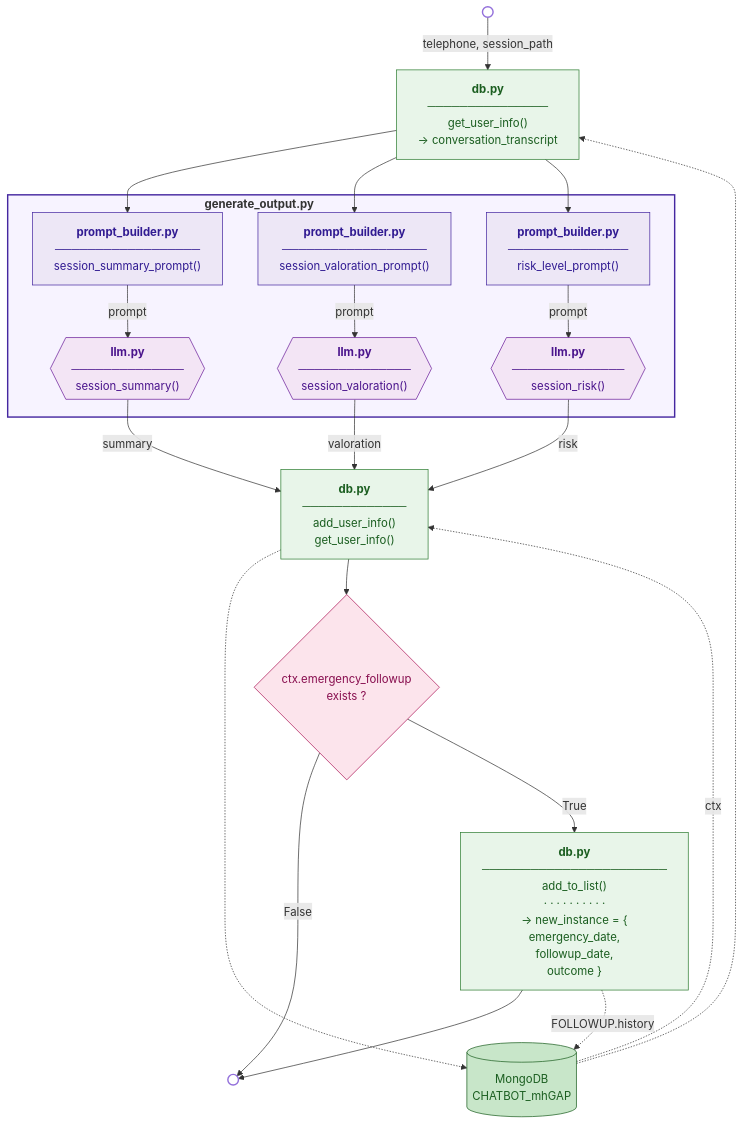
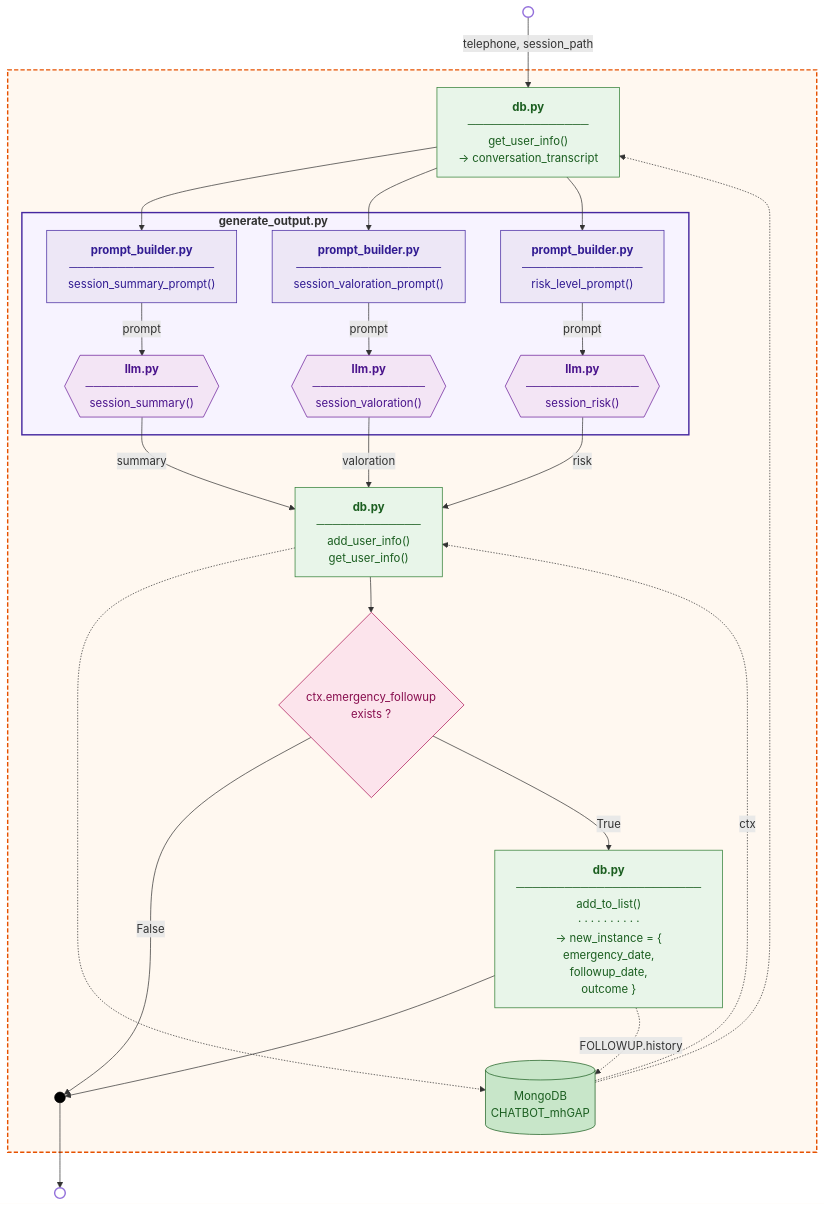
One commit to JordiiQueralto/AURORA_mhGAP-IG_v2.0 changed the diagram in diagrams/6_Session_close.md. Above: the diagram before and after it, drawn with Mermaid. The commit also changed 5 other files, not shown here.

Commit message:
feat: state_machine diagrams

````diff
--- a/diagrams/6_Session_close.md
+++ b/diagrams/6_Session_close.md
@@ -1,57 +1,67 @@
 ```mermaid
 flowchart TD
-
     START(( )):::circle
     FINISH(( )):::circle
 
-    CONV["<b>db.py</b><br/>───────────────<br/>get_user_info()<br/>→ conversation_transcript"]:::dbmod
+    START -->|"telephone, session_path"| CONV
 
-    subgraph PARALLEL["<b>generate_output.py &nbsp;&nbsp;&nbsp;&nbsp;&nbsp;&nbsp;&nbsp;&nbsp;&nbsp;&nbsp;&nbsp;&nbsp;&nbsp;&nbsp;&nbsp;&nbsp;&nbsp;&nbsp;&nbsp;&nbsp;&nbsp;&nbsp;&nbsp;&nbsp;&nbsp;&nbsp;&nbsp;&nbsp;&nbsp;&nbsp;&nbsp;&nbsp;&nbsp;&nbsp;&nbsp;&nbsp;&nbsp;&nbsp;&nbsp;&nbsp;&nbsp;&nbsp;&nbsp;&nbsp;&nbsp;&nbsp;&nbsp;&nbsp;&nbsp;&nbsp;&nbsp;&nbsp;&nbsp;&nbsp;&nbsp;&nbsp;&nbsp;&nbsp;&nbsp;&nbsp;</b>"]
-        PB_S["<b>prompt_builder.py</b><br/>──────────────────<br/>session_summary_prompt()"]:::prompt
-        PB_V["<b>prompt_builder.py</b><br/>──────────────────<br/>session_valoration_prompt()"]:::prompt
-        PB_R["<b>prompt_builder.py</b><br/>───────────────<br/>risk_level_prompt()"]:::prompt
-        LLM_S{{"<b>llm.py</b><br/>──────────────<br/>session_summary()"}}:::llm
-        LLM_V{{"<b>llm.py</b><br/>──────────────<br/>session_valoration()"}}:::llm
-        LLM_R{{"<b>llm.py</b><br/>──────────────<br/>session_risk()"}}:::llm
+    subgraph RUN_FAREWELL[" "]
+
+        CONV["<b>db.py</b><br/>───────────────<br/>get_user_info()<br/>→ conversation_transcript"]:::dbmod
+
+        subgraph PARALLEL["<b>generate_output.py &nbsp;&nbsp;&nbsp;&nbsp;&nbsp;&nbsp;&nbsp;&nbsp;&nbsp;&nbsp;&nbsp;&nbsp;&nbsp;&nbsp;&nbsp;&nbsp;&nbsp;&nbsp;&nbsp;&nbsp;&nbsp;&nbsp;&nbsp;&nbsp;&nbsp;&nbsp;&nbsp;&nbsp;&nbsp;&nbsp;&nbsp;&nbsp;&nbsp;&nbsp;&nbsp;&nbsp;&nbsp;&nbsp;&nbsp;&nbsp;&nbsp;&nbsp;&nbsp;&nbsp;&nbsp;&nbsp;&nbsp;&nbsp;&nbsp;&nbsp;&nbsp;&nbsp;&nbsp;&nbsp;&nbsp;&nbsp;&nbsp;&nbsp;&nbsp;&nbsp;</b>"]
+            PB_S["<b>prompt_builder.py</b><br/>──────────────────<br/>session_summary_prompt()"]:::prompt
+            PB_V["<b>prompt_builder.py</b><br/>──────────────────<br/>session_valoration_prompt()"]:::prompt
+            PB_R["<b>prompt_builder.py</b><br/>───────────────<br/>risk_level_prompt()"]:::prompt
+            LLM_S{{"<b>llm.py</b><br/>──────────────<br/>session_summary()"}}:::llm
+            LLM_V{{"<b>llm.py</b><br/>──────────────<br/>session_valoration()"}}:::llm
+            LLM_R{{"<b>llm.py</b><br/>──────────────<br/>session_risk()"}}:::llm
+        end
+
+        DB_SAVE["<b>db.py</b><br/>─────────────<br/>add_user_info()<br/>get_user_info()"]:::dbmod
+
+        MONGO[("MongoDB<br/>CHATBOT_mhGAP")]:::db
+
+        D_CTX{ctx.emergency_followup<br/>exists ?}:::decision
+
+        FU["<b>db.py</b><br/>───────────────────────<br/>add_to_list()<br/>· · · · · · · · · ·<br/>→ new_instance = {<br/>emergency_date,<br/>followup_date,<br/>outcome }"]:::dbmod
+
+        BOTTOM(( )):::junction
+
+        CONV --> PB_S & PB_V & PB_R
+
+        PB_S -->|"prompt"| LLM_S
+        PB_V -->|"prompt"| LLM_V
+        PB_R -->|"prompt"| LLM_R
+
+        LLM_S -->|"summary"| DB_SAVE
+        LLM_V -->|"valoration"| DB_SAVE
+        LLM_R -->|"risk"| DB_SAVE
+
+        MONGO -.-> CONV
+        DB_SAVE -.-> MONGO
+        MONGO -.->|"ctx"| DB_SAVE
+
+        DB_SAVE --> D_CTX
+
+        D_CTX -->|False| BOTTOM
+        D_CTX -->|True| FU --> BOTTOM
+
+        FU -.->|"FOLLOWUP.history"| MONGO
+
     end
 
-    DB_SAVE["<b>db.py</b><br/>─────────────<br/>add_user_info()<br/>get_user_info()"]:::dbmod
-
-    MONGO[("MongoDB<br/>CHATBOT_mhGAP")]:::db
-
-    D_CTX{ctx.emergency_followup<br/>exists ?}:::decision
-
-    FU["<b>db.py</b><br/>───────────────────────<br/>add_to_list()<br/>· · · · · · · · · ·<br/>→ new_instance = {<br/>emergency_date,<br/>followup_date,<br/>outcome }"]:::dbmod
-
-    START -->|"telephone, session_path"| CONV
-    CONV --> PB_S & PB_V & PB_R
-
-    PB_S -->|"prompt"| LLM_S
-    PB_V -->|"prompt"| LLM_V
-    PB_R -->|"prompt"| LLM_R
-
-    LLM_S -->|"summary"| DB_SAVE
-    LLM_V -->|"valoration"| DB_SAVE
-    LLM_R -->|"risk"| DB_SAVE
-
-    MONGO -.-> CONV
-    DB_SAVE -.-> MONGO
-    MONGO -.->|"ctx"| DB_SAVE
-
-    DB_SAVE --> D_CTX
-
-    D_CTX -->|False| FINISH
-    D_CTX -->|True| FU --> FINISH
-
-    FU -.->|"FOLLOWUP.history"| MONGO
+    BOTTOM --> FINISH
 
     classDef circle    fill:#ffffff,stroke:#9370db,stroke-width:2px,color:#ffffff
+    classDef junction  fill:#000000,stroke:#000000,color:#000000
     classDef module    fill:#fff3e0,stroke:#e65100,color:#bf360c
     classDef prompt    fill:#ede7f6,stroke:#4527a0,color:#311b92
     classDef llm       fill:#f3e5f5,stroke:#6a1b9a,color:#4a148c
     classDef dbmod     fill:#e8f5e9,stroke:#2e7d32,color:#1b5e20
     classDef db        fill:#c8e6c9,stroke:#1b5e20,color:#1b5e20
     classDef decision  fill:#fce4ec,stroke:#ad1457,color:#880e4f
 
-    style PARALLEL fill:#f7f3ff,stroke:#4527a0,stroke-width:2px
+    style RUN_FAREWELL fill:#fff8f0,stroke:#e65100,stroke-width:2px,stroke-dasharray: 6 3
+    style PARALLEL     fill:#f7f3ff,stroke:#4527a0,stroke-width:2px
 ```
````
